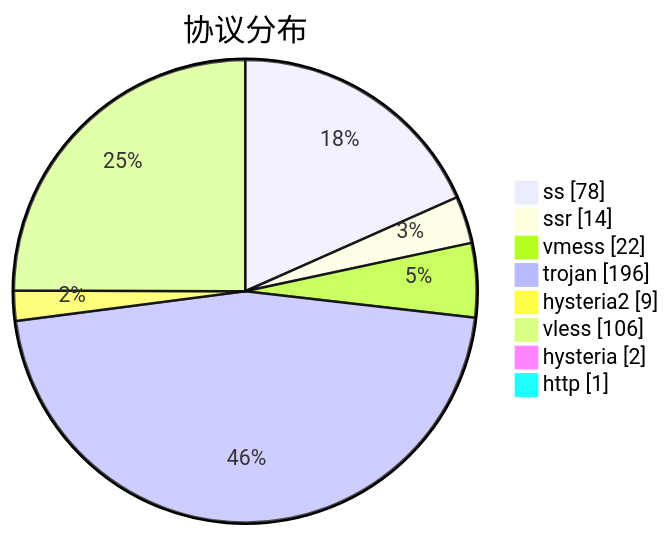
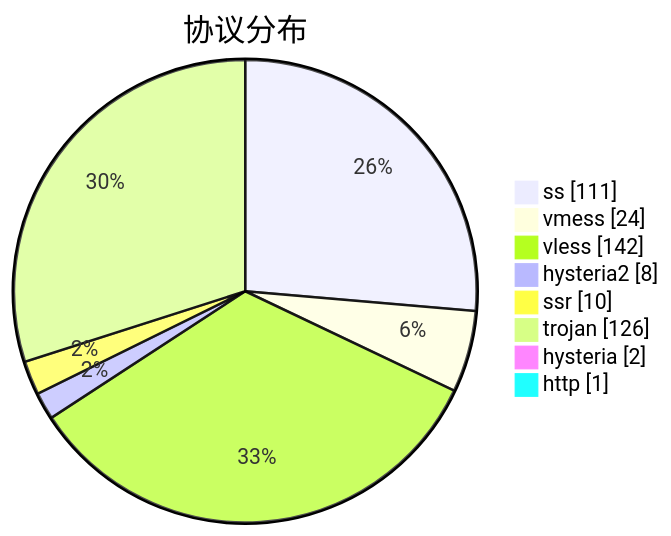
The third of 3 diagrams in subs/statistics/tested_within.md (sinspired/airport), drawn with Mermaid before and after one commit. The commit also changed other lines of this file and 2 other files, not shown here.

````diff
--- a/subs/statistics/tested_within.md
+++ b/subs/statistics/tested_within.md
@@ -59,12 +63,12 @@
 ```mermaid
 pie showData
 title 协议分布
-"ss" : 78
-"ssr" : 14
-"vmess" : 22
-"trojan" : 196
-"hysteria2" : 9
-"vless" : 106
+"ss" : 111
+"vmess" : 24
+"vless" : 142
+"hysteria2" : 8
+"ssr" : 10
+"trojan" : 126
 "hysteria" : 2
 "http" : 1
 ```
````
